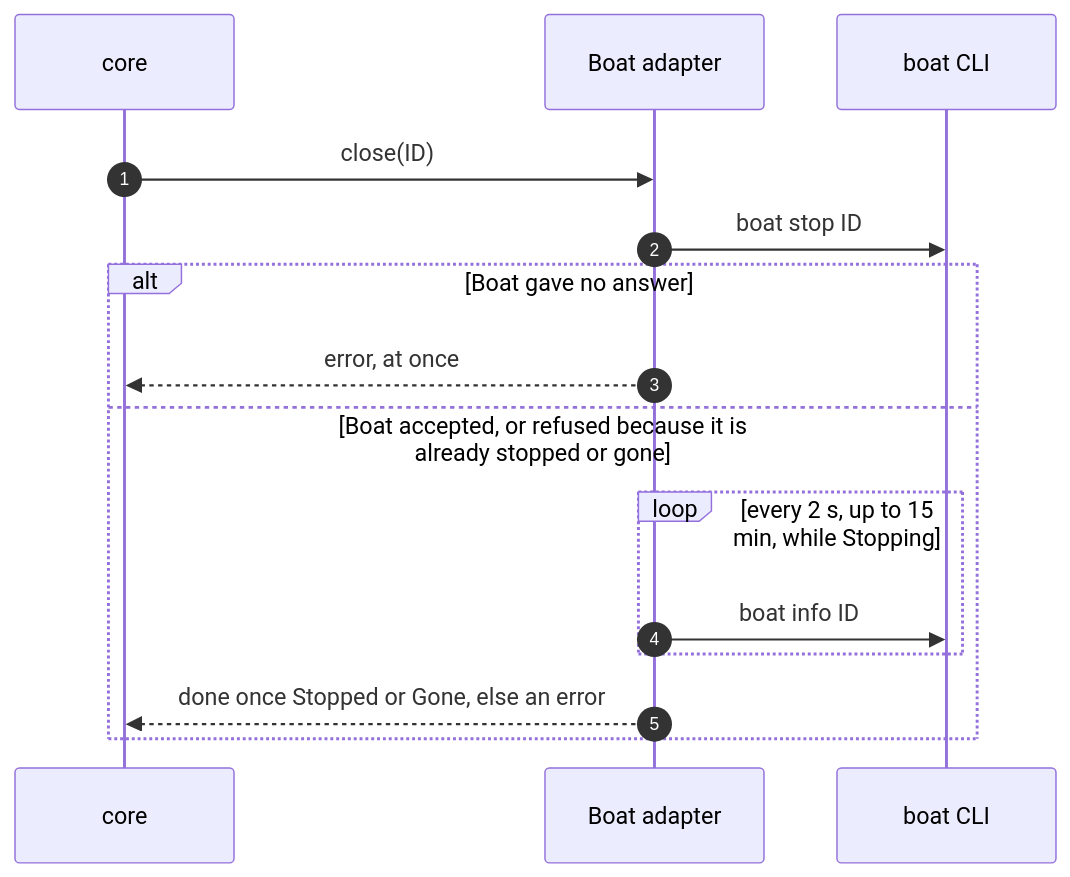
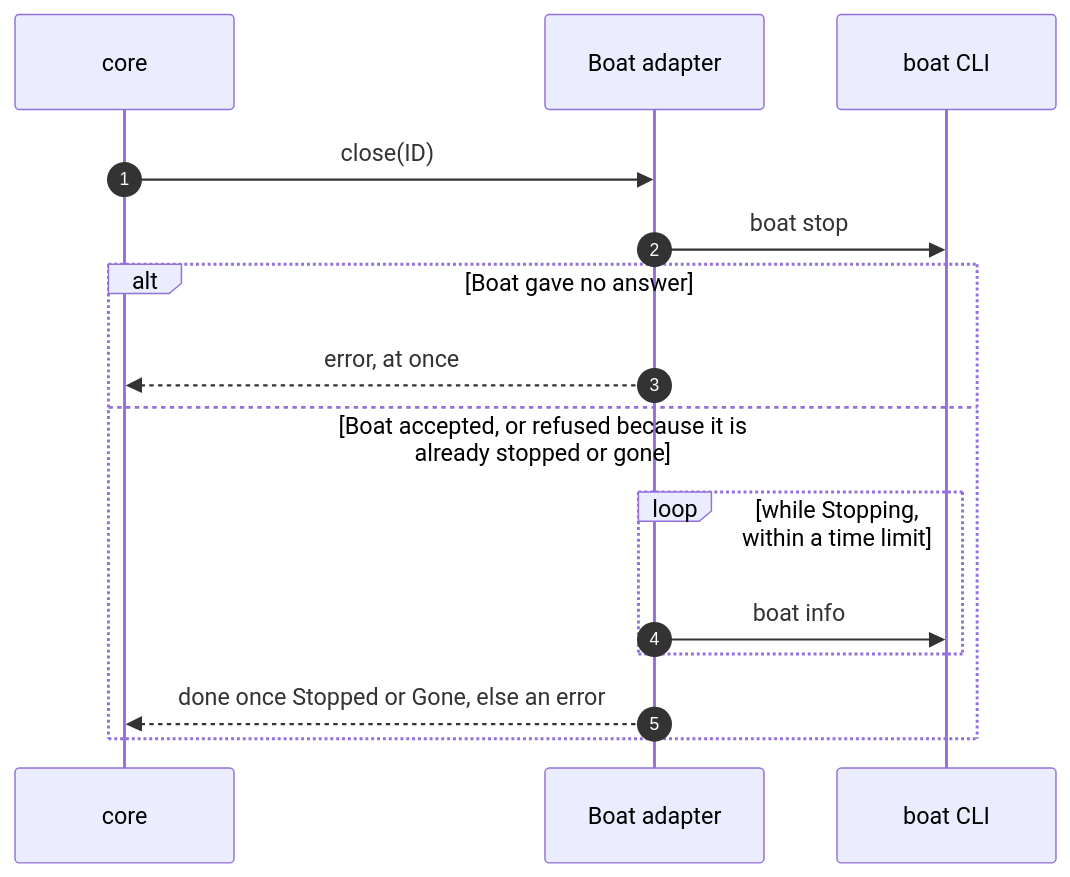
The sixth of 8 diagrams in docs/providers/boat.md (NextNodeSolutions/workspace), drawn with Mermaid before and after one commit. The commit also changed other lines of this file and 4 other files, not shown here.

````diff
--- a/docs/providers/boat.md
+++ b/docs/providers/boat.md
@@ -174,17 +163,17 @@
 ```mermaid
 sequenceDiagram
     autonumber
     participant Core as core
     participant A as Boat adapter
     participant B as boat CLI
     Core->>A: close(ID)
-    A->>B: boat stop ID
+    A->>B: boat stop
     alt Boat gave no answer
         A-->>Core: error, at once
     else Boat accepted, or refused because it is already stopped or gone
-        loop every 2 s, up to 15 min, while Stopping
-            A->>B: boat info ID
+        loop while Stopping, within a time limit
+            A->>B: boat info
         end
         A-->>Core: done once Stopped or Gone, else an error
     end
 ```
````
